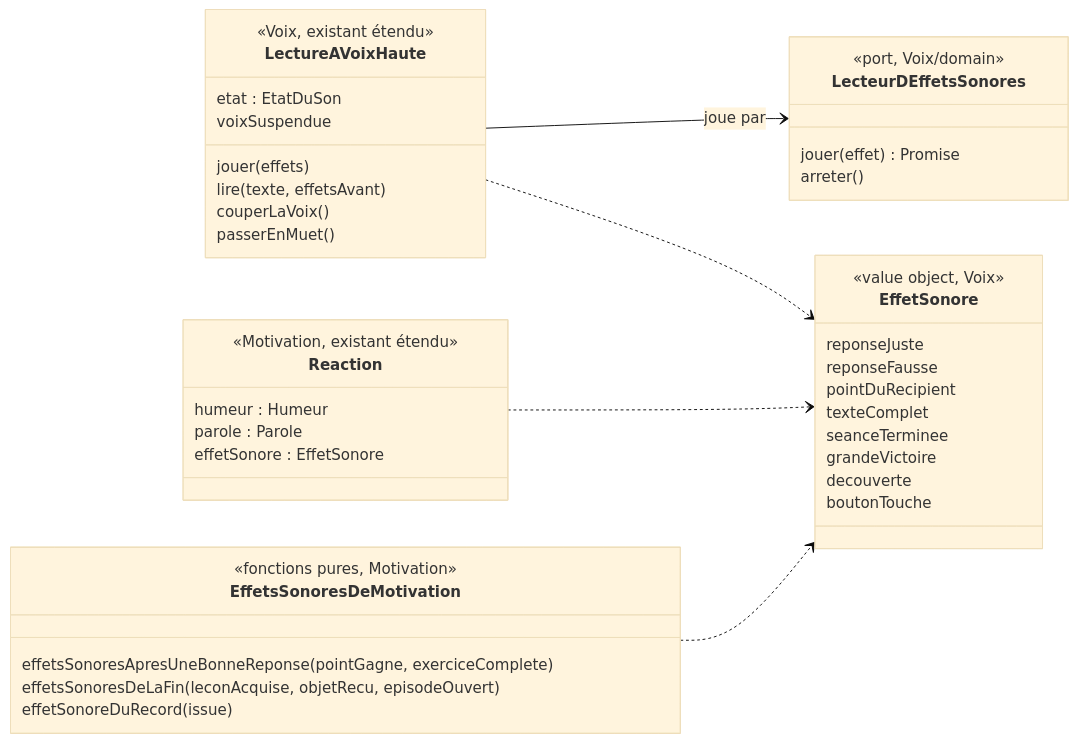
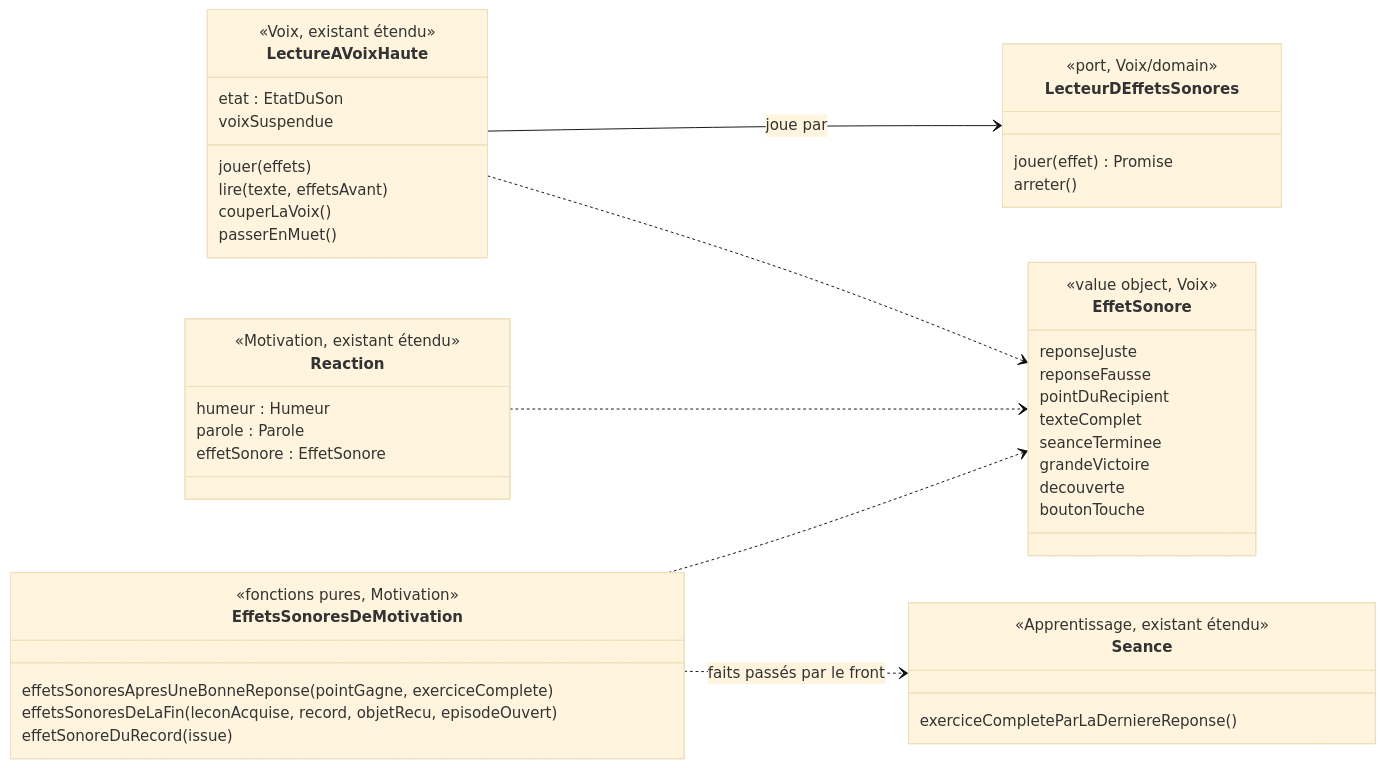
One commit to SBA-dev/github-move changed the diagram in docs/stories/97/domain-model.md. Above: the diagram before and after it, drawn with Mermaid (base theme). The commit also changed other lines of this file and 2 other files, not shown here.

````diff
--- a/docs/stories/97/domain-model.md
+++ b/docs/stories/97/domain-model.md
@@ -64,45 +63,50 @@
 ```mermaid
 classDiagram
   direction LR
   class EffetSonore {
     <<value object, Voix>>
     reponseJuste
     reponseFausse
     pointDuRecipient
     texteComplet
     seanceTerminee
     grandeVictoire
     decouverte
     boutonTouche
   }
   class LecteurDEffetsSonores {
     <<port, Voix/domain>>
     jouer(effet) Promise
     arreter()
   }
   class LectureAVoixHaute {
     <<Voix, existant étendu>>
     etat : EtatDuSon
     voixSuspendue
     jouer(effets)
     lire(texte, effetsAvant)
     couperLaVoix()
     passerEnMuet()
   }
   class Reaction {
     <<Motivation, existant étendu>>
     humeur : Humeur
     parole : Parole
     effetSonore : EffetSonore
   }
   class EffetsSonoresDeMotivation {
     <<fonctions pures, Motivation>>
     effetsSonoresApresUneBonneReponse(pointGagne, exerciceComplete)
-    effetsSonoresDeLaFin(leconAcquise, objetRecu, episodeOuvert)
+    effetsSonoresDeLaFin(leconAcquise, record, objetRecu, episodeOuvert)
     effetSonoreDuRecord(issue)
+  }
+  class Seance {
+    <<Apprentissage, existant étendu>>
+    exerciceCompleteParLaDerniereReponse()
   }
   LectureAVoixHaute --> LecteurDEffetsSonores : joue par
   LectureAVoixHaute ..> EffetSonore
   Reaction ..> EffetSonore
   EffetsSonoresDeMotivation ..> EffetSonore
+  EffetsSonoresDeMotivation ..> Seance : faits passés par le front
 ```
````
